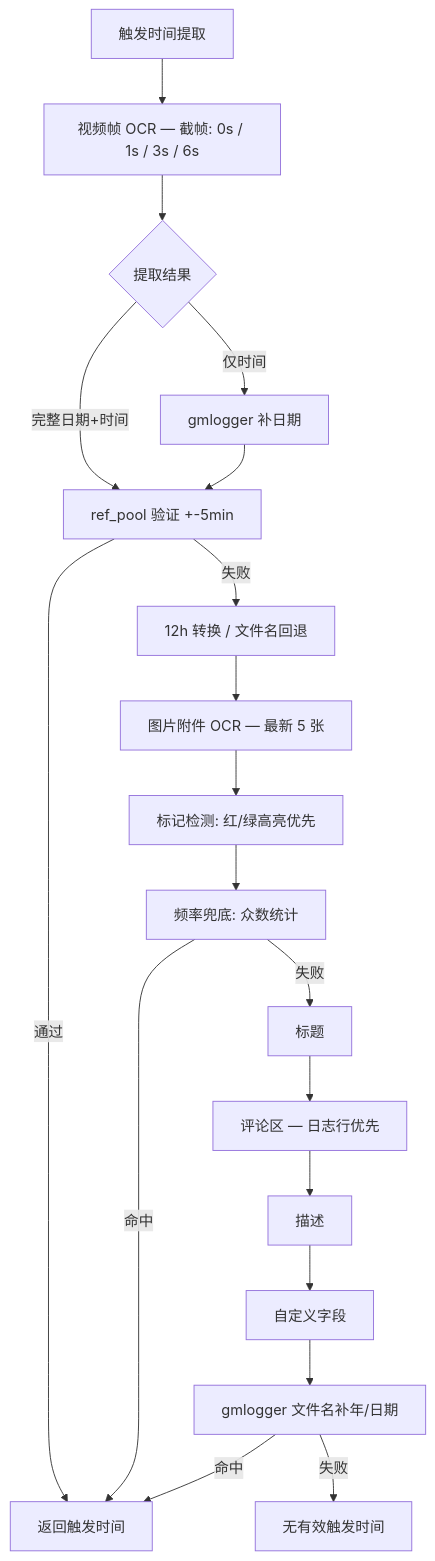
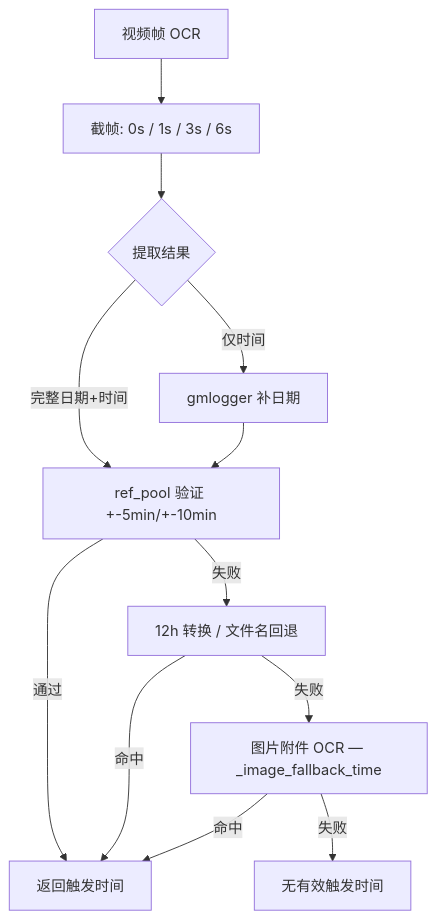
The second of 2 diagrams in timestudy/optimization_log.md (LuckyBuff2333/program16), drawn with Mermaid before and after one commit. The commit also changed other lines of this file and 13772 other files, not shown here.

````diff
--- a/timestudy/optimization_log.md
+++ b/timestudy/optimization_log.md
@@ -11,21 +36,14 @@
 ```mermaid
 flowchart TD
-    A["触发时间提取"] --> B["视频帧 OCR — 截帧: 0s / 1s / 3s / 6s"]
+    A["视频帧 OCR"] --> B["截帧: 0s / 1s / 3s / 6s"]
     B --> C{提取结果}
-    C -->|"完整日期+时间"| D["ref_pool 验证 +-5min"]
+    C -->|"完整日期+时间"| D["ref_pool 验证 +-5min/+-10min"]
     C -->|"仅时间"| E["gmlogger 补日期"]
     E --> D
     D -->|"通过"| R["返回触发时间"]
     D -->|"失败"| F["12h 转换 / 文件名回退"]
-    F --> G["图片附件 OCR — 最新 5 张"]
-    G --> H["标记检测: 红/绿高亮优先"]
-    H --> I["频率兜底: 众数统计"]
-    I -->|"命中"| R
-    I -->|"失败"| J["标题"]
-    J --> K["评论区 — 日志行优先"]
-    K --> L["描述"]
-    L --> M["自定义字段"]
-    M --> N["gmlogger 文件名补年/日期"]
-    N -->|"命中"| R
-    N -->|"失败"| X["无有效触发时间"]
+    F -->|"命中"| R
+    F -->|"失败"| G["图片附件 OCR — _image_fallback_time"]
+    G -->|"命中"| R
+    G -->|"失败"| X["无有效触发时间"]
 ```
````
